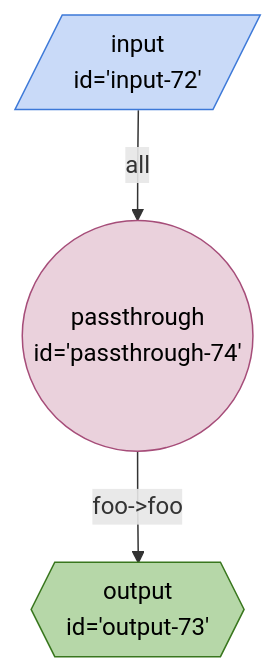
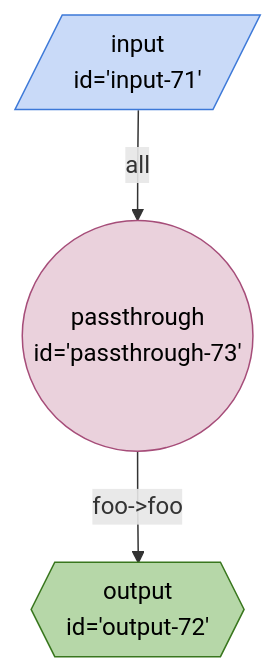
One commit to breadboard-ai/breadboard changed the diagram in seeds/breadboard-web/docs/graphs/new/simple-graph.md. Above: the diagram before and after it, drawn with Mermaid. The commit also changed 16 other files, not shown here.

First line of the commit message:
[syntax] action, input, output accept Zod types

````diff
--- a/seeds/breadboard-web/docs/graphs/new/simple-graph.md
+++ b/seeds/breadboard-web/docs/graphs/new/simple-graph.md
@@ -3,14 +3,14 @@
 ```mermaid
 %%{init: 'themeVariables': { 'fontFamily': 'Fira Code, monospace' }}%%
 graph TD;
-passthrough74(("passthrough <br> id='passthrough-74'")):::passthrough -- "foo->foo" --> output73{{"output <br> id='output-73'"}}:::output
-input72[/"input <br> id='input-72'"/]:::input -- all --> passthrough74(("passthrough <br> id='passthrough-74'")):::passthrough
+passthrough73(("passthrough <br> id='passthrough-73'")):::passthrough -- "foo->foo" --> output72{{"output <br> id='output-72'"}}:::output
+input71[/"input <br> id='input-71'"/]:::input -- all --> passthrough73(("passthrough <br> id='passthrough-73'")):::passthrough
 classDef default stroke:#ffab40,fill:#fff2ccff,color:#000
 classDef input stroke:#3c78d8,fill:#c9daf8ff,color:#000
 classDef output stroke:#38761d,fill:#b6d7a8ff,color:#000
 classDef passthrough stroke:#a64d79,fill:#ead1dcff,color:#000
 classDef slot stroke:#a64d79,fill:#ead1dcff,color:#000
 classDef config stroke:#a64d79,fill:#ead1dcff,color:#000
 classDef secrets stroke:#db4437,fill:#f4cccc,color:#000
 classDef slotted stroke:#a64d79
 ```
````
